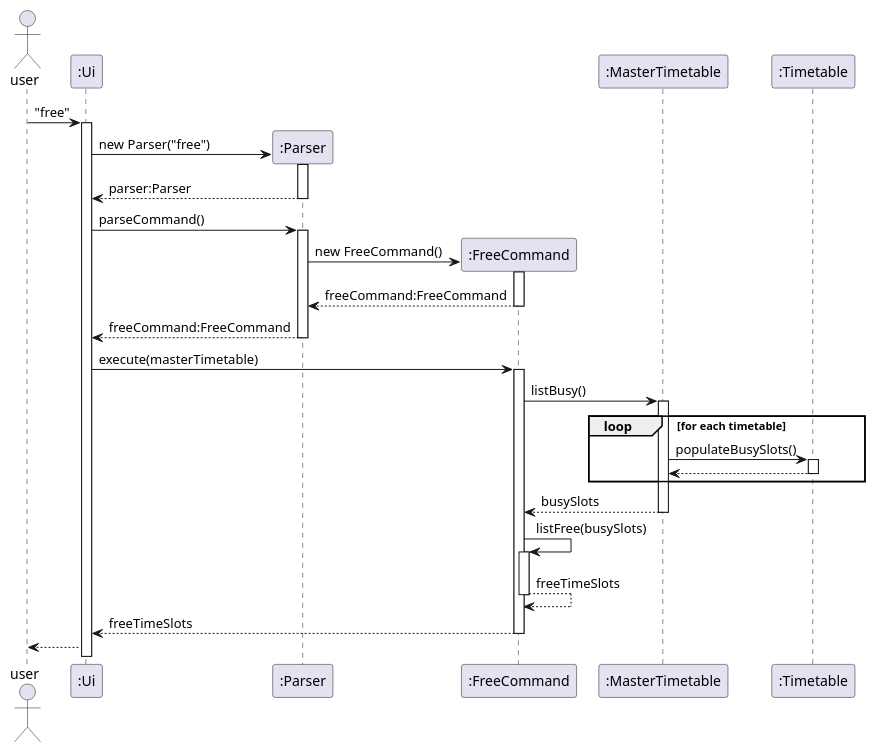
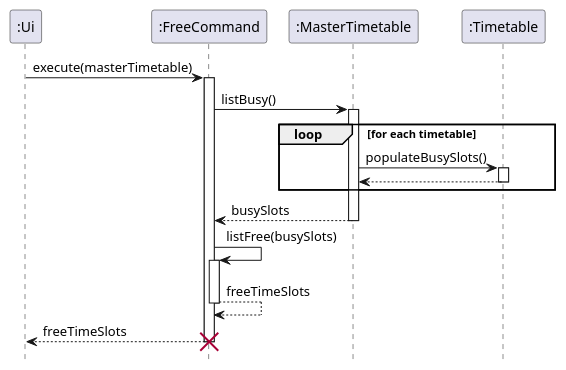
One commit to nus-cs2113-AY2122S2/tp changed the diagram in docs/diagrams/FreeCommandSequenceDiagram.puml. Above: the diagram before and after it, drawn with PlantUML. The commit also changed 3 other files, not shown here.

Commit message:
Update sequence diagram for list and free

```diff
--- a/docs/diagrams/FreeCommandSequenceDiagram.puml
+++ b/docs/diagrams/FreeCommandSequenceDiagram.puml
@@ -1,24 +1,16 @@
 @startuml
-actor user
+hide footbox
 
-user -> ":Ui" ++ : "free"
-create ":Parser"
-":Ui" -> ":Parser" ++: new Parser("free")
-":Parser" --> ":Ui" --: parser:Parser
-":Ui" -> ":Parser" ++: parseCommand()
-create ":FreeCommand"
-":Parser" -> ":FreeCommand" ++: new FreeCommand()
-":FreeCommand" --> ":Parser" --: freeCommand:FreeCommand
-":Parser" --> ":Ui" --: freeCommand:FreeCommand
 ":Ui" -> ":FreeCommand" ++: execute(masterTimetable)
 ":FreeCommand" -> ":MasterTimetable" ++: listBusy()
 loop for each timetable
 ":MasterTimetable" -> ":Timetable" ++: populateBusySlots()
 ":Timetable" --> ":MasterTimetable" --
 end
 ":MasterTimetable" --> ":FreeCommand" --: busySlots
 ":FreeCommand" -> ":FreeCommand"++: listFree(busySlots)
 ":FreeCommand" --> ":FreeCommand"--: freeTimeSlots
 ":FreeCommand" --> ":Ui" --: freeTimeSlots
-":Ui" --> user
+destroy ":FreeCommand"
+
 @enduml
```
